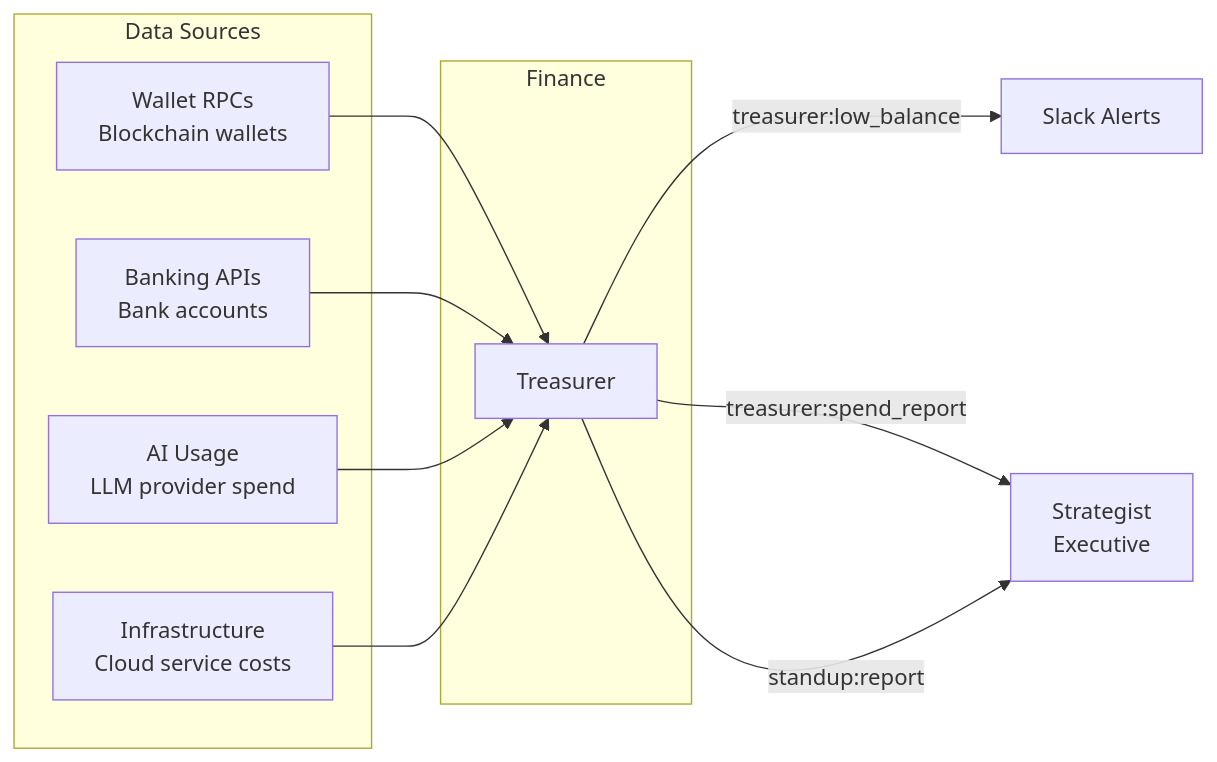
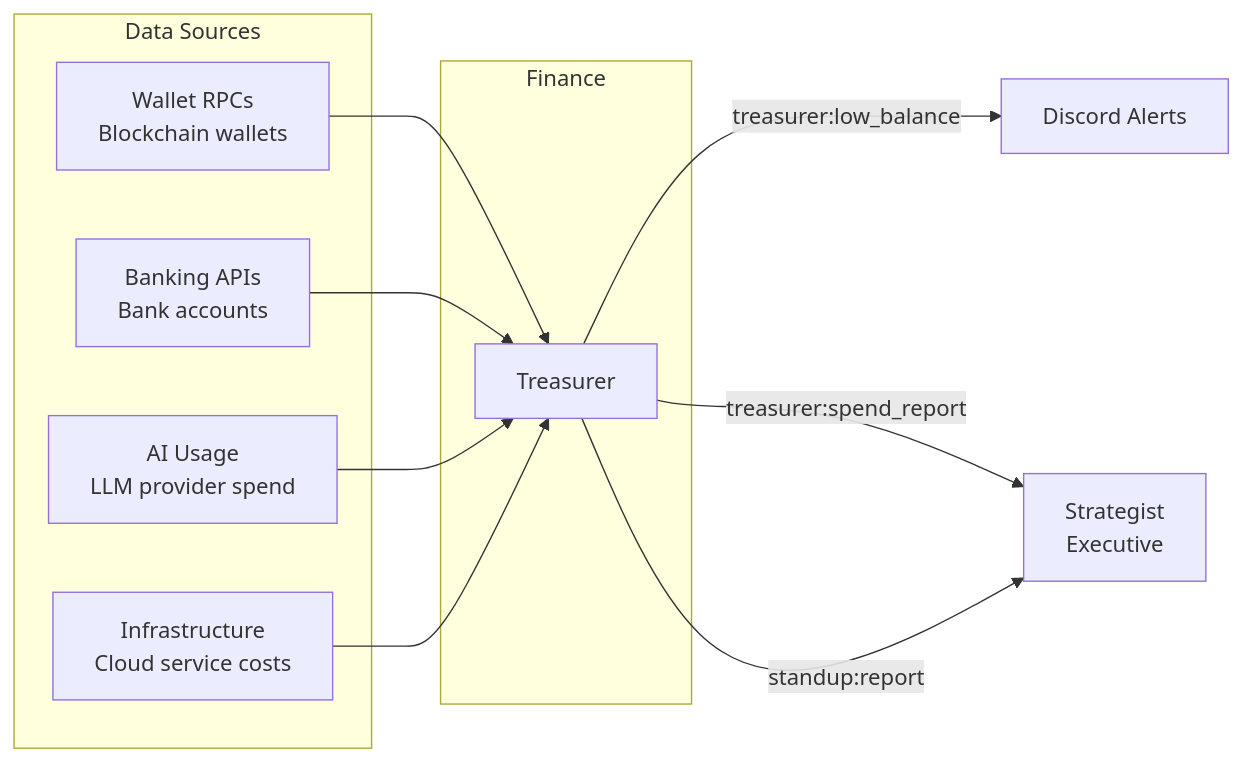
One commit to YClawAI/YClaw changed the diagram in departments/finance/README.md. Above: the diagram before and after it, drawn with Mermaid. The commit also changed other lines of this file and 6 other files, not shown here.

First line of the commit message:
fix: Finance — delete contaminated skill, Slack→Discord, wire missing prompts, scope actions

````diff
--- a/departments/finance/README.md
+++ b/departments/finance/README.md
@@ -13,22 +13,22 @@
 ```mermaid
 flowchart LR
     subgraph "Data Sources"
         WALLETS[Wallet RPCs<br/>Blockchain wallets]
         BANK[Banking APIs<br/>Bank accounts]
         AI[AI Usage<br/>LLM provider spend]
         INFRA[Infrastructure<br/>Cloud service costs]
     end
 
     subgraph Finance
         TREASURER[Treasurer]
     end
 
     WALLETS --> TREASURER
     BANK --> TREASURER
     AI --> TREASURER
     INFRA --> TREASURER
 
-    TREASURER -- treasurer:low_balance --> SLACK[Slack Alerts]
+    TREASURER -- treasurer:low_balance --> DISCORD[Discord Alerts]
     TREASURER -- treasurer:spend_report --> STRATEGIST[Strategist<br/>Executive]
     TREASURER -- standup:report --> STRATEGIST
 ```
````
